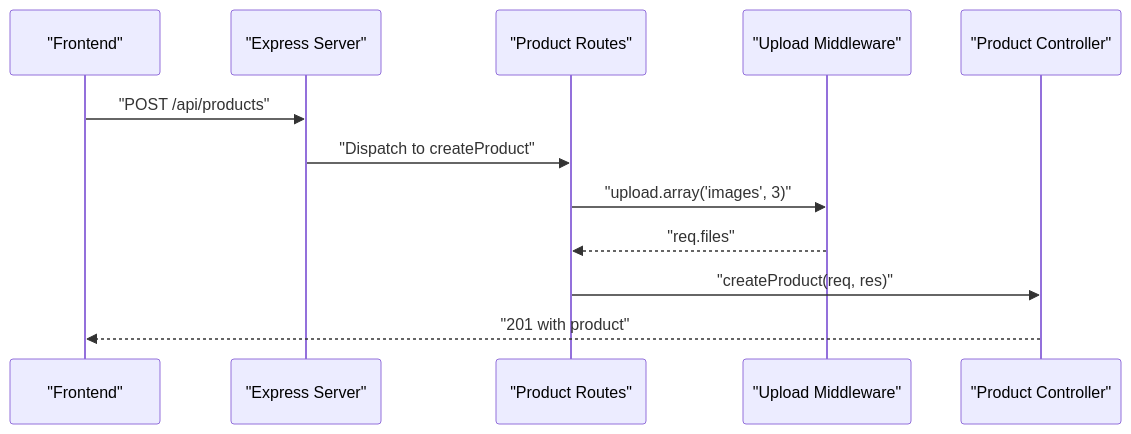
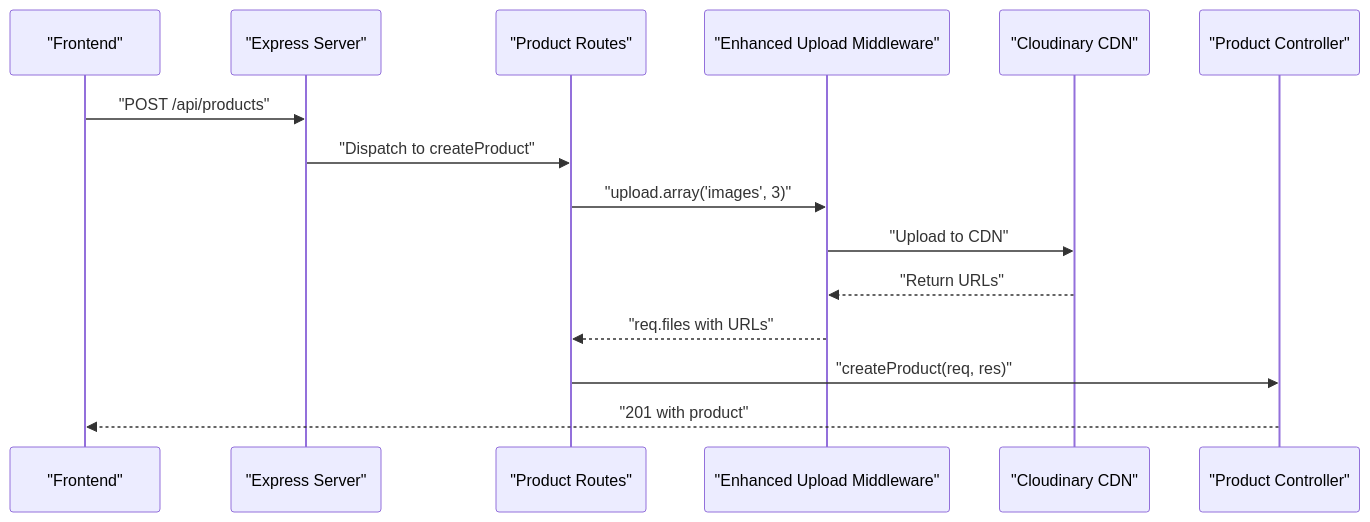
Diagram 11 of 11 in .qoder/repowiki/en/content/Image Management.md (Pavan-PSPK9032/TrendsandToss), drawn with Mermaid before and after one commit. The commit also changed other lines of this file and 16 other files, not shown here.

````diff
--- a/.qoder/repowiki/en/content/Image Management.md
+++ b/.qoder/repowiki/en/content/Image Management.md
@@ -245,14 +460,17 @@
 ```mermaid
 sequenceDiagram
 participant FE as "Frontend"
 participant BE as "Express Server"
 participant Routes as "Product Routes"
-participant MW as "Upload Middleware"
+participant MW as "Enhanced Upload Middleware"
+participant Cloudinary as "Cloudinary CDN"
 participant Ctrl as "Product Controller"
 FE->>BE : "POST /api/products"
 BE->>Routes : "Dispatch to createProduct"
 Routes->>MW : "upload.array('images', 3)"
-MW-->>Routes : "req.files"
+MW->>Cloudinary : "Upload to CDN"
+Cloudinary-->>MW : "Return URLs"
+MW-->>Routes : "req.files with URLs"
 Routes->>Ctrl : "createProduct(req, res)"
 Ctrl-->>FE : "201 with product"
 ```
````
